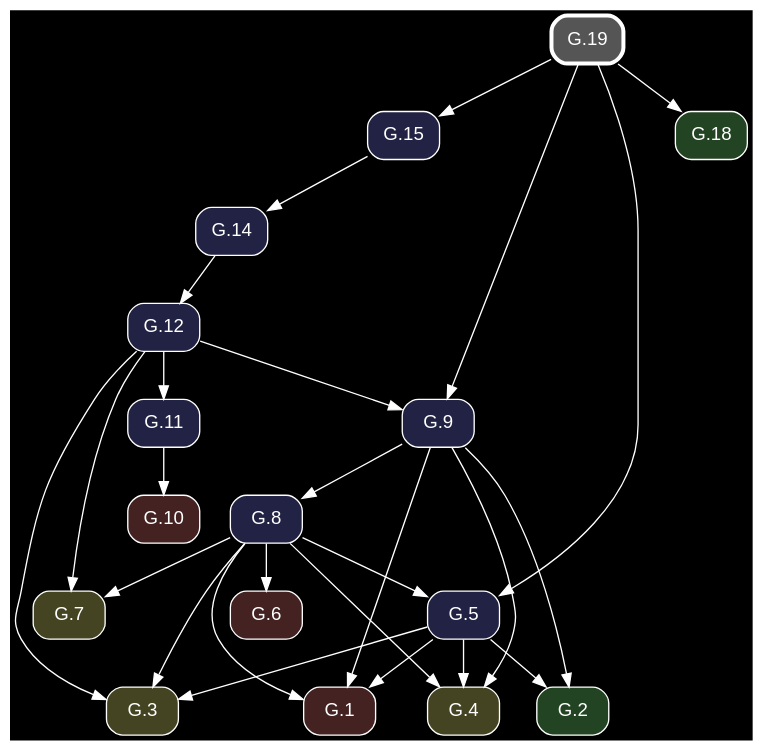
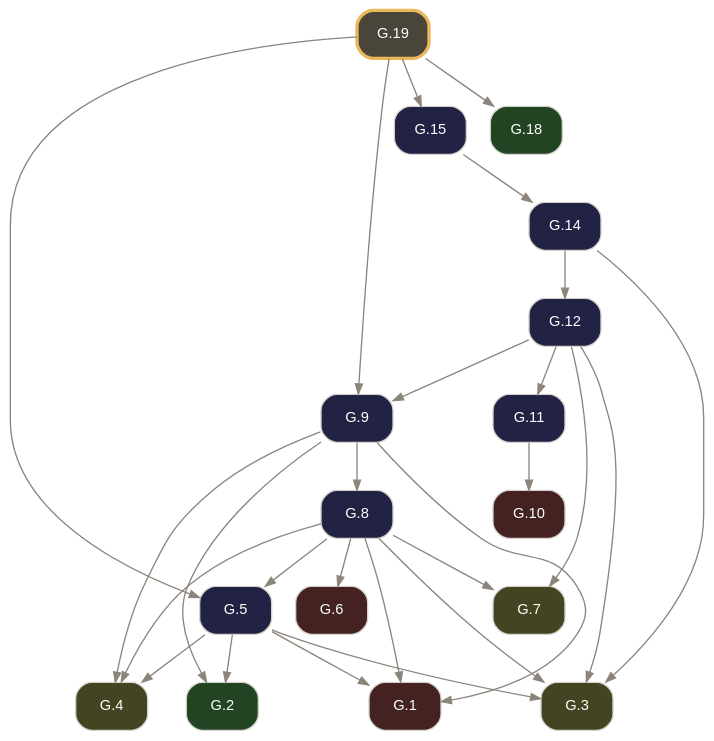
The diagram in docsrc/elements2/G.19/index.rst (geometor/elements), drawn with Graphviz before and after one commit. The commit also changed other lines of this file and 261 other files, not shown here.

Commit message:
feat: rebuild Elements 2.0 G-Index pipeline from composed Euclid Heath edition (v0.3.0)

```diff
--- a/docsrc/elements2/G.19/index.rst
+++ b/docsrc/elements2/G.19/index.rst
@@ -54,49 +73,50 @@
 .. graphviz::
 
    digraph {
-     bgcolor="black";
-     node [shape=box, style="rounded,filled", fontname="Helvetica", color="white", fontcolor="white"];
-     edge [color="white", fontcolor="white"];
+     bgcolor="transparent";
+     node [shape=box, style="rounded,filled", fontname="Helvetica", fontsize=11, color="#d6d3cd", fontcolor="#ffffff"];
+     edge [color="#8c857b", fontcolor="#8c857b", arrowsize=0.75];
      rankdir="TB";
-     "G.12" [label="G.12", fillcolor="#222244", URL="/elements2/G.12/", target="_top"];
-     "G.14" [label="G.14", fillcolor="#222244", URL="/elements2/G.14/", target="_top"];
-     "G.6" [label="G.6", fillcolor="#442222", URL="/elements2/G.6/", target="_top"];
-     "G.19" [label="G.19", penwidth=3, color="white", fillcolor="#555555", URL="/elements2/G.19/", target="_top"];
-     "G.8" [label="G.8", fillcolor="#222244", URL="/elements2/G.8/", target="_top"];
-     "G.9" [label="G.9", fillcolor="#222244", URL="/elements2/G.9/", target="_top"];
-     "G.7" [label="G.7", fillcolor="#444422", URL="/elements2/G.7/", target="_top"];
-     "G.10" [label="G.10", fillcolor="#442222", URL="/elements2/G.10/", target="_top"];
-     "G.3" [label="G.3", fillcolor="#444422", URL="/elements2/G.3/", target="_top"];
-     "G.18" [label="G.18", fillcolor="#224422", URL="/elements2/G.18/", target="_top"];
-     "G.15" [label="G.15", fillcolor="#222244", URL="/elements2/G.15/", target="_top"];
-     "G.11" [label="G.11", fillcolor="#222244", URL="/elements2/G.11/", target="_top"];
-     "G.5" [label="G.5", fillcolor="#222244", URL="/elements2/G.5/", target="_top"];
-     "G.4" [label="G.4", fillcolor="#444422", URL="/elements2/G.4/", target="_top"];
-     "G.1" [label="G.1", fillcolor="#442222", URL="/elements2/G.1/", target="_top"];
-     "G.2" [label="G.2", fillcolor="#224422", URL="/elements2/G.2/", target="_top"];
-     "G.14" -> "G.12";
-     "G.15" -> "G.14";
-     "G.8" -> "G.6";
-     "G.9" -> "G.8";
-     "G.19" -> "G.9";
-     "G.12" -> "G.9";
-     "G.8" -> "G.7";
-     "G.12" -> "G.7";
-     "G.11" -> "G.10";
-     "G.5" -> "G.3";
-     "G.8" -> "G.3";
-     "G.12" -> "G.3";
-     "G.19" -> "G.18";
-     "G.19" -> "G.15";
-     "G.12" -> "G.11";
-     "G.19" -> "G.5";
-     "G.8" -> "G.5";
-     "G.5" -> "G.4";
-     "G.8" -> "G.4";
-     "G.9" -> "G.4";
+     "G.1" [label="G.1", tooltip="G.1 (I.cn.1)", fillcolor="#442222", URL="../G.1/index.html", target="_top"];
+     "G.2" [label="G.2", tooltip="G.2 (I.def.15)", fillcolor="#224422", URL="../G.2/index.html", target="_top"];
+     "G.3" [label="G.3", tooltip="G.3 (I.post.1)", fillcolor="#444422", URL="../G.3/index.html", target="_top"];
+     "G.4" [label="G.4", tooltip="G.4 (I.post.3)", fillcolor="#444422", URL="../G.4/index.html", target="_top"];
+     "G.5" [label="G.5", tooltip="G.5 (I.1)", fillcolor="#222244", URL="../G.5/index.html", target="_top"];
+     "G.6" [label="G.6", tooltip="G.6 (I.cn.3)", fillcolor="#442222", URL="../G.6/index.html", target="_top"];
+     "G.7" [label="G.7", tooltip="G.7 (I.post.2)", fillcolor="#444422", URL="../G.7/index.html", target="_top"];
+     "G.8" [label="G.8", tooltip="G.8 (I.2)", fillcolor="#222244", URL="../G.8/index.html", target="_top"];
+     "G.9" [label="G.9", tooltip="G.9 (I.3)", fillcolor="#222244", URL="../G.9/index.html", target="_top"];
+     "G.10" [label="G.10", tooltip="G.10 (I.cn.4)", fillcolor="#442222", URL="../G.10/index.html", target="_top"];
+     "G.11" [label="G.11", tooltip="G.11 (I.4)", fillcolor="#222244", URL="../G.11/index.html", target="_top"];
+     "G.12" [label="G.12", tooltip="G.12 (I.5)", fillcolor="#222244", URL="../G.12/index.html", target="_top"];
+     "G.14" [label="G.14", tooltip="G.14 (I.7)", fillcolor="#222244", URL="../G.14/index.html", target="_top"];
+     "G.15" [label="G.15", tooltip="G.15 (I.8)", fillcolor="#222244", URL="../G.15/index.html", target="_top"];
+     "G.18" [label="G.18", tooltip="G.18 (I.def.10)", fillcolor="#224422", URL="../G.18/index.html", target="_top"];
+     "G.19" [label="G.19", tooltip="G.19 (I.11)", penwidth=2.5, color="#e8b85a", fillcolor="#4a453b", URL="index.html", target="_top"];
      "G.5" -> "G.1";
      "G.8" -> "G.1";
      "G.9" -> "G.1";
      "G.5" -> "G.2";
      "G.9" -> "G.2";
+     "G.5" -> "G.3";
+     "G.8" -> "G.3";
+     "G.12" -> "G.3";
+     "G.14" -> "G.3";
+     "G.5" -> "G.4";
+     "G.8" -> "G.4";
+     "G.9" -> "G.4";
+     "G.8" -> "G.5";
+     "G.19" -> "G.5";
+     "G.8" -> "G.6";
+     "G.8" -> "G.7";
+     "G.12" -> "G.7";
+     "G.9" -> "G.8";
+     "G.12" -> "G.9";
+     "G.19" -> "G.9";
+     "G.11" -> "G.10";
+     "G.12" -> "G.11";
+     "G.14" -> "G.12";
+     "G.15" -> "G.14";
+     "G.19" -> "G.15";
+     "G.19" -> "G.18";
    }
```
